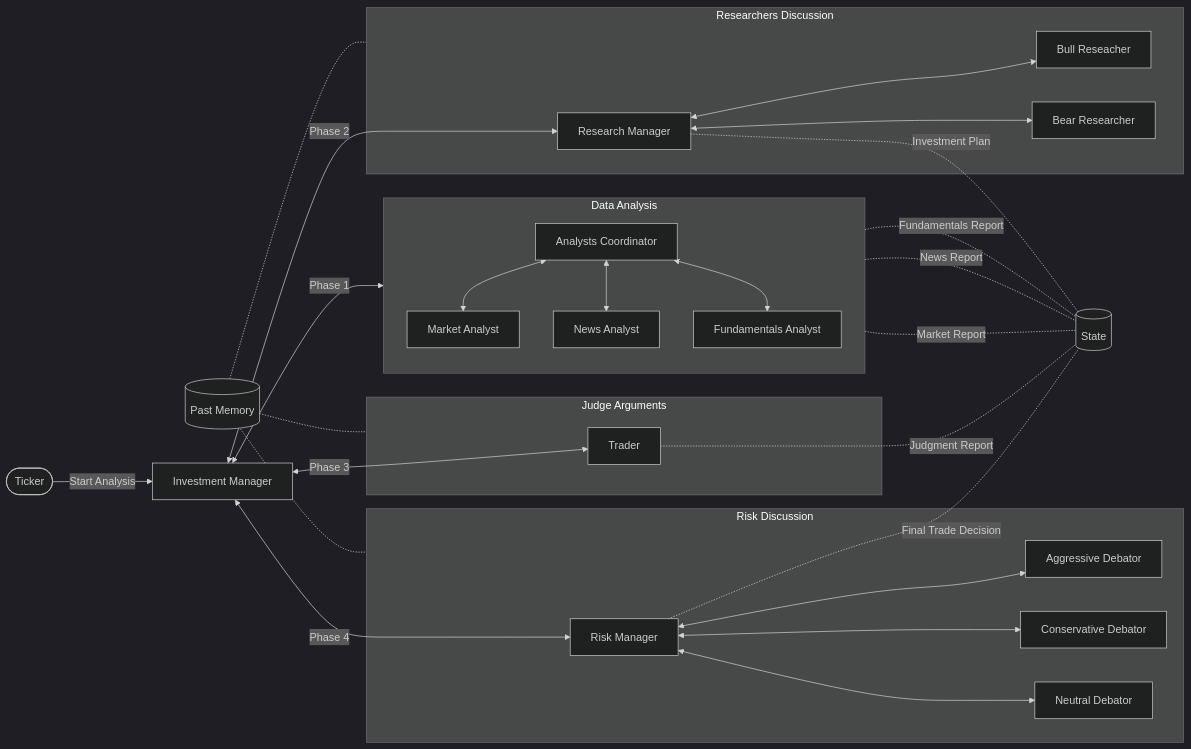
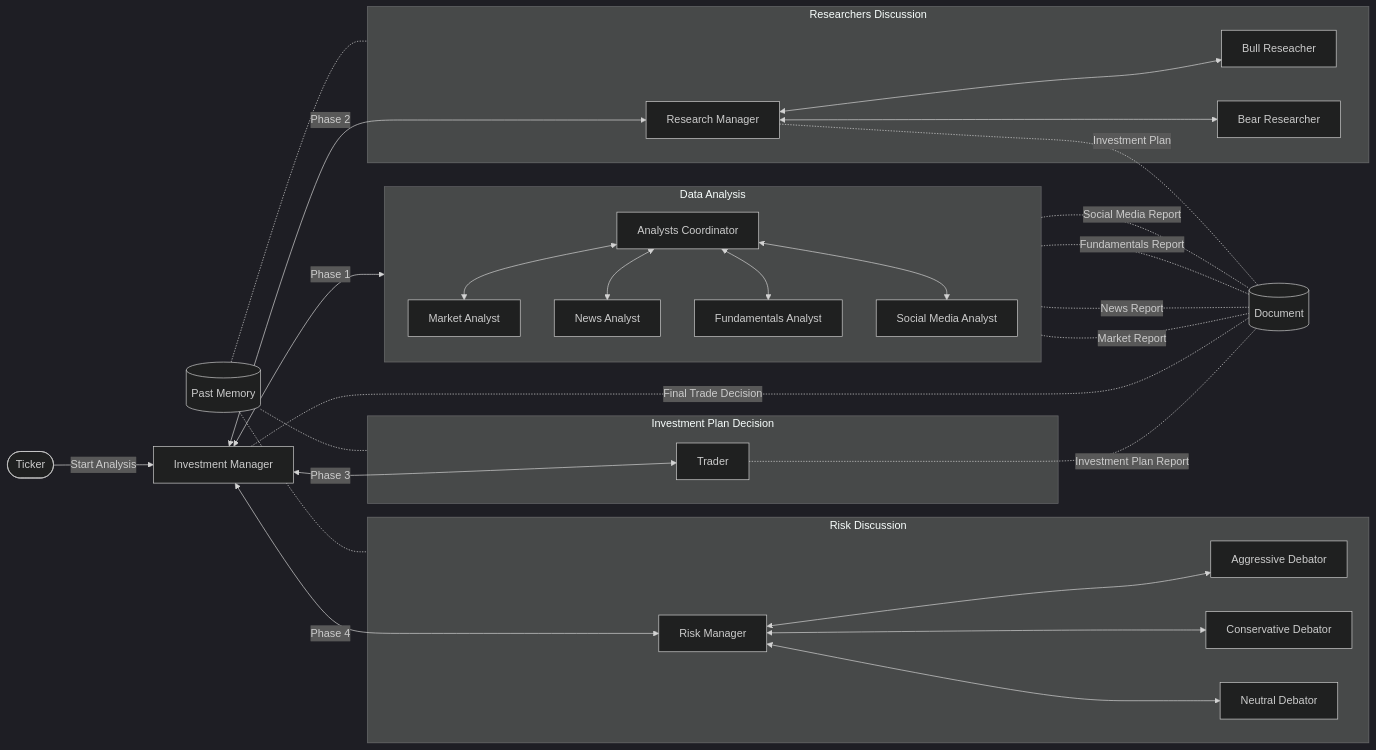
One commit to renandcl/InvestmentAgents changed the diagram in diagam.md. Above: the diagram before and after it, drawn with Mermaid (dark theme). The commit also changed other lines of this file, not shown here.

Commit message:
docs: update architecture diagram

````diff
--- a/diagam.md
+++ b/diagam.md
@@ -4,45 +4,44 @@
 ```mermaid
 flowchart LR
  subgraph subGraph0["Data Analysis"]
     direction TB
         AC["Analysts Coordinator"]
         MA["Market Analyst"]
         NA["News Analyst"]
         FA["Fundamentals Analyst"]
+        SA["Social Media Analyst"]
   end
  subgraph subGraph1["Researchers Discussion"]
         BR["Bull Reseacher"]
         BER["Bear Researcher"]
         RM["Research Manager"]
   end
- subgraph subGraph2["Judge Arguments"]
+ subgraph subGraph2["Investment Plan Decision"]
         TR["Trader"]
   end
  subgraph subGraph3["Risk Discussion"]
         AD["Aggressive Debator"]
         CD["Conservative Debator"]
         ND["Neutral Debator"]
         RMG["Risk Manager"]
   end
     Init(["Ticker"]) -- Start Analysis --> IM["Investment Manager"]
     IM <-- Phase 1 --> AC
-    AC <--> MA & NA & FA
+    AC <--> MA & NA & FA & SA
     IM <-- Phase 2 --> RM
     RM <--> BR & BER
     IM <-- Phase 3 --> TR
     IM <-- Phase 4 --> RMG
     RMG <--> AD & CD & ND
-    MA -. Market Report .- State["State"]
+    MA -. Market Report .- State["Document"]
     NA -. News Report .- State
     FA -. Fundamentals Report .- State
+    SA -. Social Media Report .- State 
     RM -. Investment Plan .- State
-    TR -. Judgment Report .- State
-    RMG -. Final Trade Decision .- State
+    TR -. Investment Plan Report .- State
+    IM -. Final Trade Decision .- State
     State@{ shape: db}
     Memory["Past Memory"]
     Memory@{ shape: db}
     Memory -.- subGraph1 & subGraph2 & subGraph3
-
-
-
 ```
````
